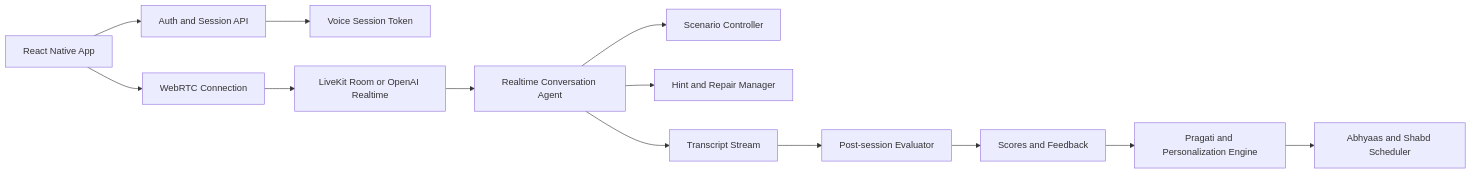
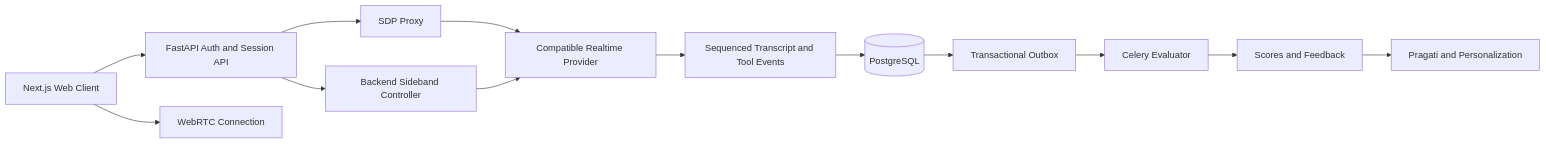
The second of 3 diagrams in docs/research/deep-research-report.md (chintan-27/VishwaVaani), drawn with Mermaid before and after one commit. The commit also changed other lines of this file and 5 other files, not shown here.

````diff
--- a/docs/research/deep-research-report.md
+++ b/docs/research/deep-research-report.md
@@ -375,15 +384,15 @@
 ```mermaid
 flowchart LR
-    A[React Native App] --> B[Auth and Session API]
-    B --> C[Voice Session Token]
-    A --> D[WebRTC Connection]
-    D --> E[LiveKit Room or OpenAI Realtime]
-    E --> F[Realtime Conversation Agent]
-    F --> G[Scenario Controller]
-    F --> H[Hint and Repair Manager]
-    F --> I[Transcript Stream]
-    I --> J[Post-session Evaluator]
+    A[Next.js Web Client] --> B[FastAPI Auth and Session API]
+    A --> C[WebRTC Connection]
+    B --> D[SDP Proxy]
+    D --> E[Compatible Realtime Provider]
+    B --> F[Backend Sideband Controller]
+    F --> E
+    E --> G[Sequenced Transcript and Tool Events]
+    G --> H[(PostgreSQL)]
+    H --> I[Transactional Outbox]
+    I --> J[Celery Evaluator]
     J --> K[Scores and Feedback]
-    K --> L[Pragati and Personalization Engine]
-    L --> M[Abhyaas and Shabd Scheduler]
+    K --> L[Pragati and Personalization]
 ```
````
